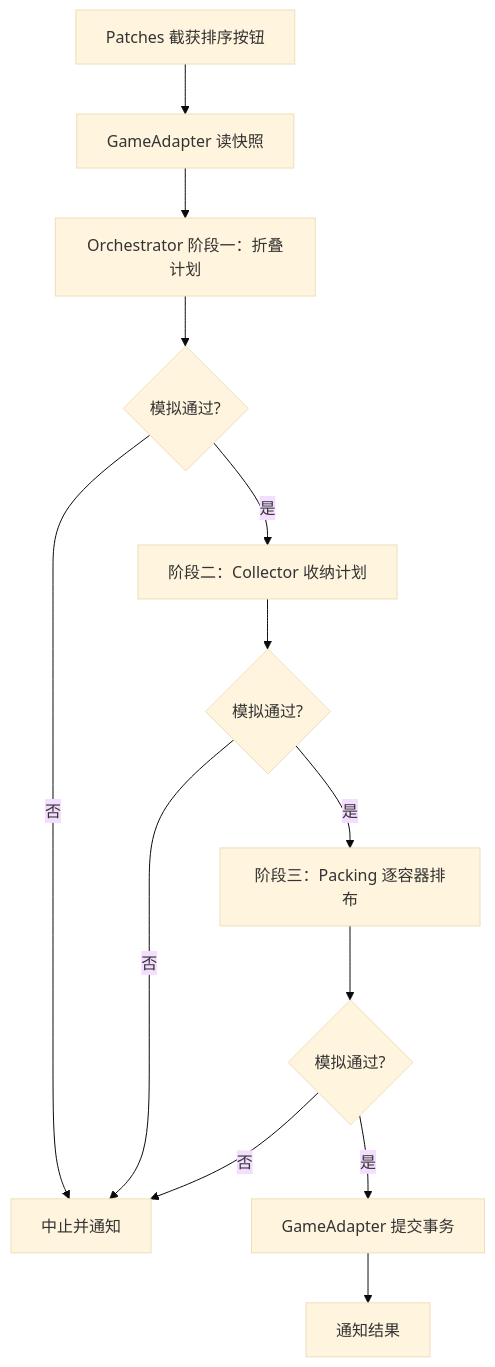
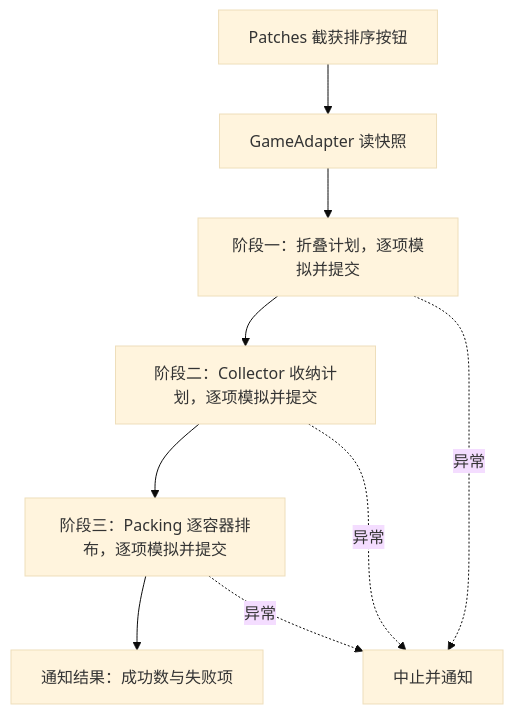
Before and after one commit to ChouUn/spt-inventory-organizer: the second of 2 diagrams in docs/arch.md, drawn with Mermaid (base theme). The commit also changed other lines of this file and 8 other files, not shown here.

````diff
--- a/docs/arch.md
+++ b/docs/arch.md
@@ -82,15 +82,11 @@
 ```mermaid
 flowchart TB
     Click[Patches 截获排序按钮] --> Snap[GameAdapter 读快照]
-    Snap --> Fold[Orchestrator 阶段一：折叠计划]
-    Fold --> SimF{模拟通过?}
-    SimF -- 否 --> Abort[中止并通知]
-    SimF -- 是 --> Collect[阶段二：Collector 收纳计划]
-    Collect --> SimC{模拟通过?}
-    SimC -- 否 --> Abort
-    SimC -- 是 --> Pack[阶段三：Packing 逐容器排布]
-    Pack --> SimP{模拟通过?}
-    SimP -- 否 --> Abort
-    SimP -- 是 --> Commit[GameAdapter 提交事务]
-    Commit --> Notify[通知结果]
+    Snap --> Fold[阶段一：折叠计划，逐项模拟并提交]
+    Fold --> Collect[阶段二：Collector 收纳计划，逐项模拟并提交]
+    Collect --> Pack[阶段三：Packing 逐容器排布，逐项模拟并提交]
+    Pack --> Notify[通知结果：成功数与失败项]
+    Fold -. 异常 .-> Abort[中止并通知]
+    Collect -. 异常 .-> Abort
+    Pack -. 异常 .-> Abort
 ```
````
